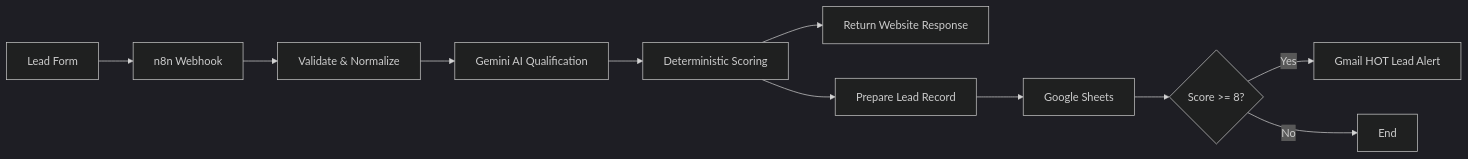
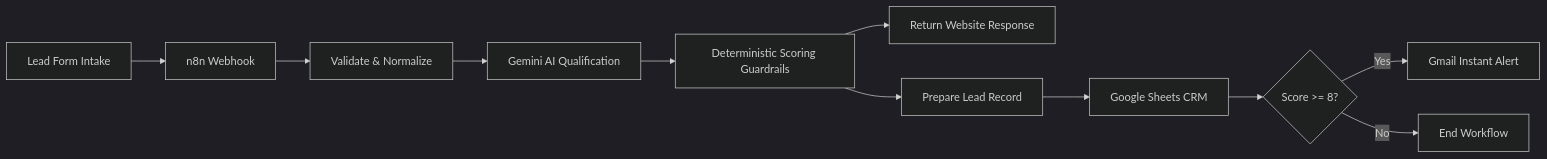
The diagram in README.md (habiblne/leadpilot-ai), drawn with Mermaid (dark theme) before and after one commit. The commit also changed other lines of this file and 3 other files, not shown here.

````diff
--- a/README.md
+++ b/README.md
@@ -27,13 +31,13 @@
 ```mermaid
 flowchart LR
-    A[Lead Form] --> B[n8n Webhook]
+    A[Lead Form Intake] --> B[n8n Webhook]
     B --> C[Validate & Normalize]
     C --> D[Gemini AI Qualification]
-    D --> E[Deterministic Scoring]
+    D --> E[Deterministic Scoring Guardrails]
     E --> F[Return Website Response]
     E --> G[Prepare Lead Record]
-    G --> H[Google Sheets]
+    G --> H[Google Sheets CRM]
     H --> I{Score >= 8?}
-    I -- Yes --> J[Gmail HOT Lead Alert]
-    I -- No --> K[End]
+    I -- Yes --> J[Gmail Instant Alert]
+    I -- No --> K[End Workflow]
 ```
````
